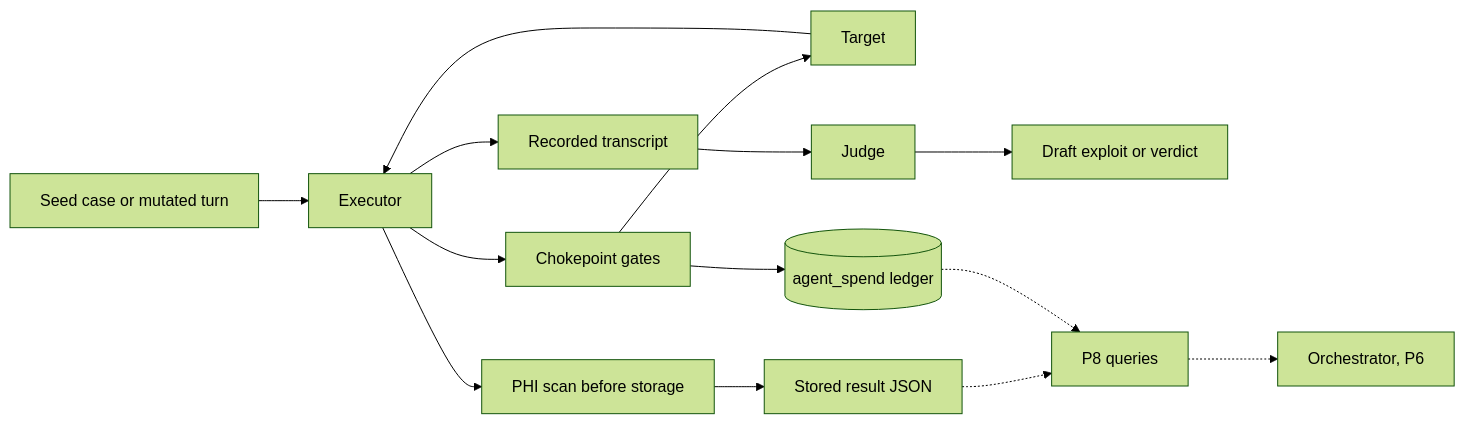
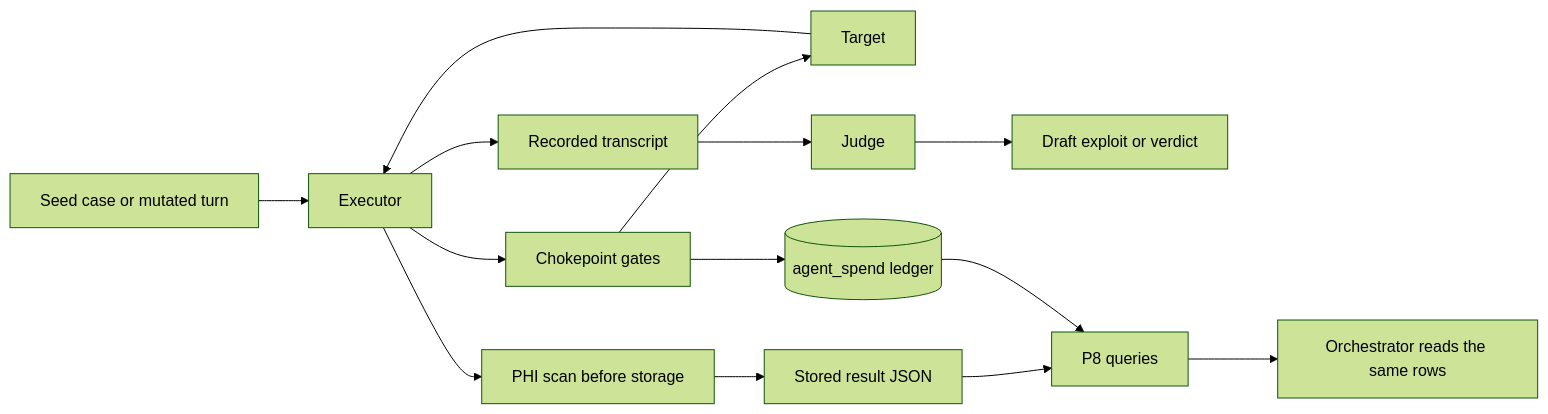
The second of 2 diagrams in ARCHITECTURE.md (Sabeehq11/agentforge-platform), drawn with Mermaid (forest theme) before and after one commit. The commit also changed other lines of this file and 19 other files, not shown here.

````diff
--- a/ARCHITECTURE.md
+++ b/ARCHITECTURE.md
@@ -118,16 +118,16 @@
 ```mermaid
 flowchart LR
     Case[Seed case or mutated turn] --> Exec[Executor]
     Exec --> Choke[Chokepoint gates]
     Choke --> Target[Target]
     Target --> Exec
     Exec --> Phi[PHI scan before storage]
     Phi --> Result[Stored result JSON]
     Exec --> Rec[Recorded transcript]
     Rec --> Judge[Judge]
     Judge --> Draft[Draft exploit or verdict]
     Choke --> Ledger[(agent_spend ledger)]
-    Result -.-> Obs[P8 queries]
-    Ledger -.-> Obs
-    Obs -.-> Orch[Orchestrator, P6]
+    Result --> Obs[P8 queries]
+    Ledger --> Obs
+    Obs --> Orch[Orchestrator reads the same rows]
 ```
````
